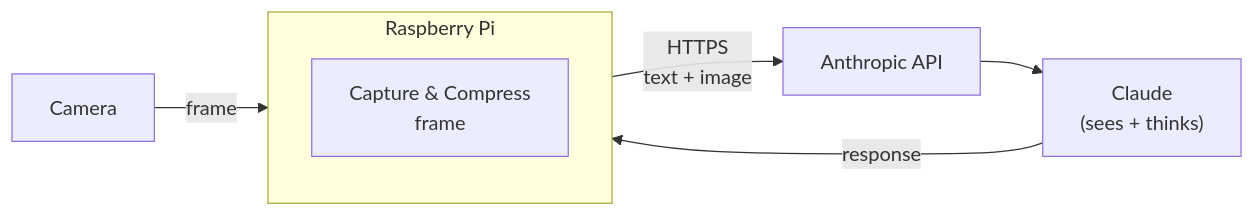
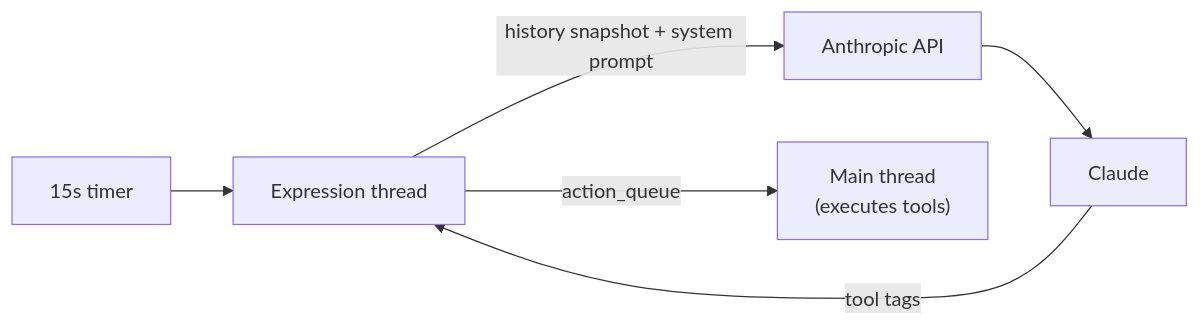
The third of 3 diagrams in docs/ARCHITECTURE.md (cgarcialm/sudo), drawn with Mermaid before and after one commit. The commit also changed other lines of this file and 23 other files, not shown here.

First line of the commit message:
feat: tool system + cross-session notes (Phase 5c) (#10)

````diff
--- a/docs/ARCHITECTURE.md
+++ b/docs/ARCHITECTURE.md
@@ -142,12 +66,8 @@
 ```mermaid
 flowchart LR
-    Camera -->|frame| Pi
-
-    subgraph Pi["Raspberry Pi"]
-        Capture["Capture & Compress\nframe"]
-    end
-
-    Pi -->|HTTPS\ntext + image| API["Anthropic API"]
-    API --> Claude["Claude\n(sees + thinks)"]
-    Claude -->|response| Pi
+    Timer["15s timer"] --> ExprT["Expression thread"]
+    ExprT -->|history snapshot + system prompt| API["Anthropic API"]
+    API --> Claude
+    Claude -->|tool tags| ExprT
+    ExprT -->|action_queue| Main["Main thread\n(executes tools)"]
 ```
````
